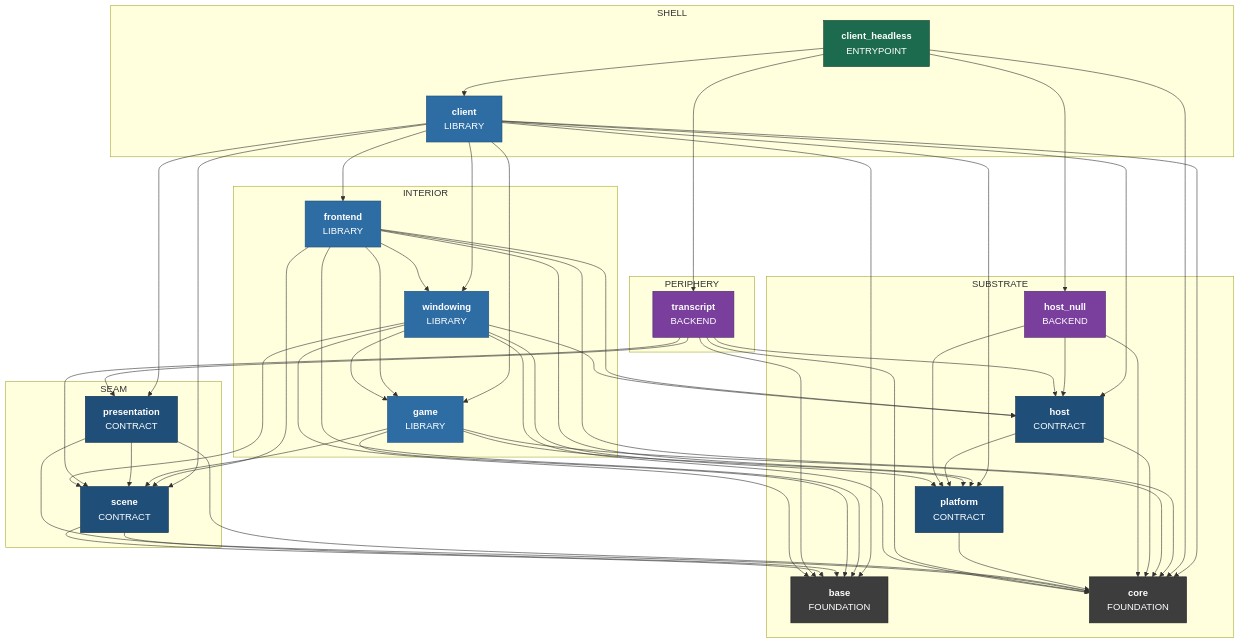
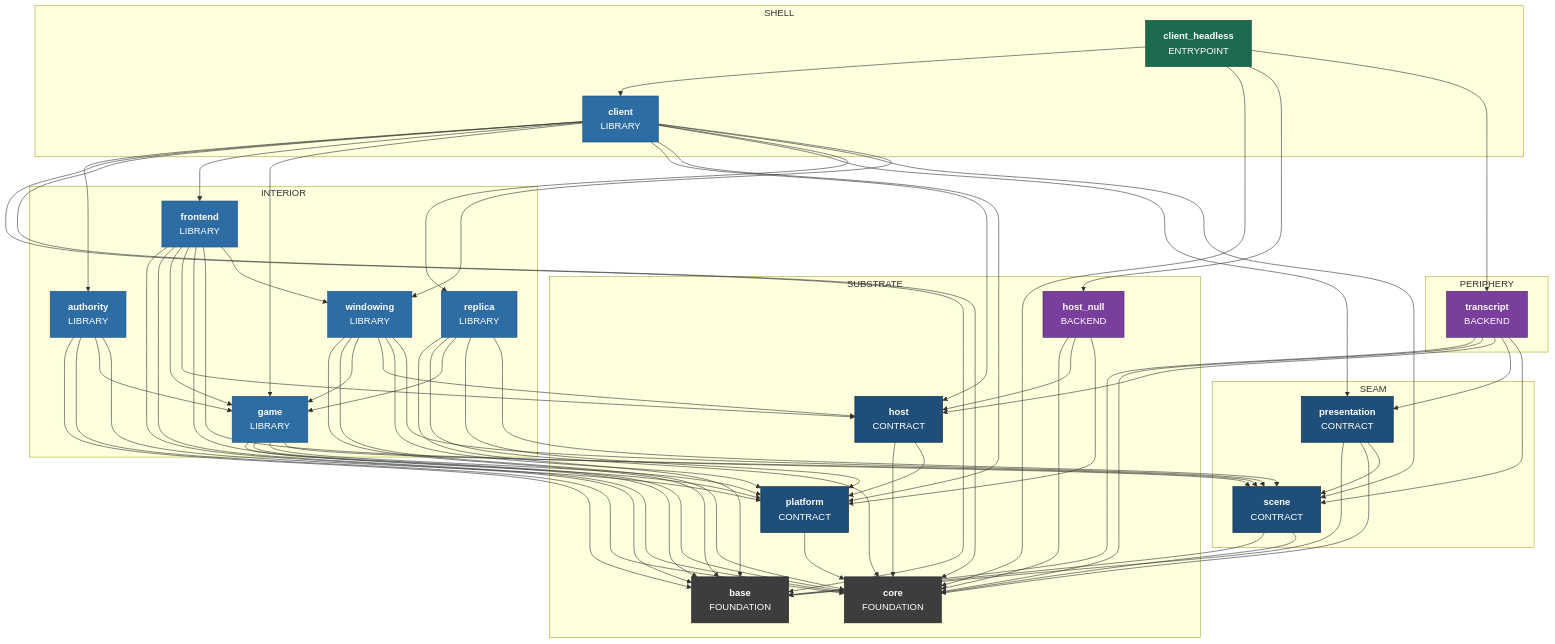
The third of 7 diagrams in docs/superpowers/specs/2026-08-01-sovereign-headless-client-design.md (apnex/OpenStarbound), drawn with Mermaid before and after one commit. The commit also changed other lines of this file and 2 other files, not shown here.

````diff
--- a/docs/superpowers/specs/2026-08-01-sovereign-headless-client-design.md
+++ b/docs/superpowers/specs/2026-08-01-sovereign-headless-client-design.md
@@ -772,8 +798,10 @@
     scene["<b>scene</b><br/>CONTRACT"]
   end
   subgraph Z_INTERIOR ["INTERIOR"]
+    authority["<b>authority</b><br/>LIBRARY"]
     frontend["<b>frontend</b><br/>LIBRARY"]
     game["<b>game</b><br/>LIBRARY"]
+    replica["<b>replica</b><br/>LIBRARY"]
     windowing["<b>windowing</b><br/>LIBRARY"]
   end
   subgraph Z_PERIPHERY ["PERIPHERY"]
@@ -783,6 +811,11 @@
     client["<b>client</b><br/>LIBRARY"]
     client_headless["<b>client_headless</b><br/>ENTRYPOINT"]
   end
+  authority --> base
+  authority --> core
+  authority --> game
+  authority --> platform
+  client --> authority
   client --> base
   client --> core
   client --> frontend
@@ -790,6 +823,7 @@
   client --> host
   client --> platform
   client --> presentation
+  client --> replica
   client --> scene
   client --> windowing
   client_headless --> client
@@ -816,6 +850,11 @@
   presentation --> base
   presentation --> core
   presentation --> scene
+  replica --> base
+  replica --> core
+  replica --> game
+  replica --> platform
+  replica --> scene
   scene --> base
   scene --> core
   transcript --> base
@@ -837,6 +876,6 @@
   class base,core kFoundation
   class host,platform,presentation,scene kContract
   class host_null,transcript kBackend
-  class client,frontend,game,windowing kLibrary
+  class authority,client,frontend,game,replica,windowing kLibrary
   class client_headless kEntrypoint
 ```
````
